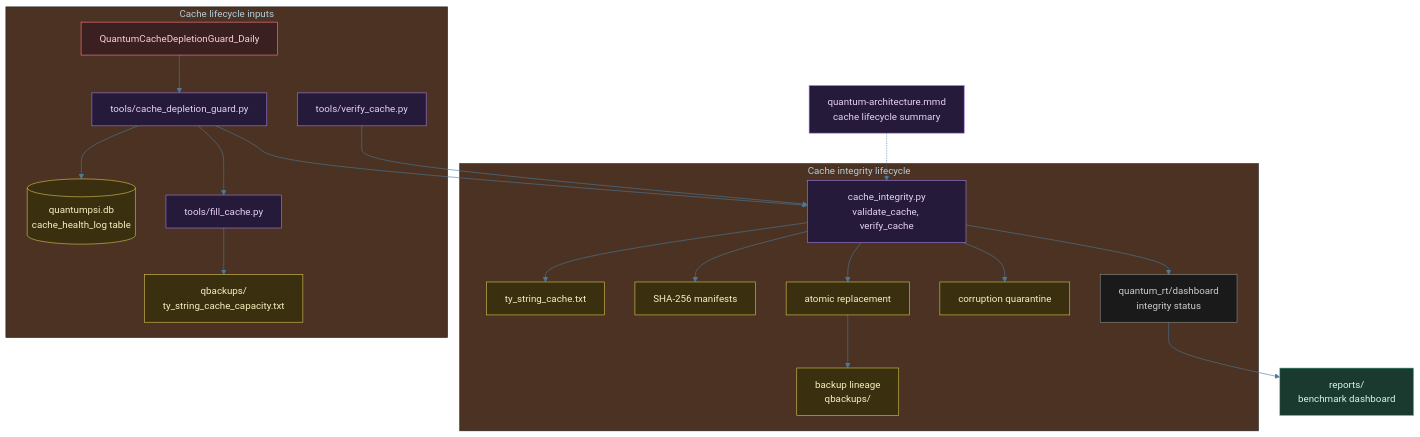
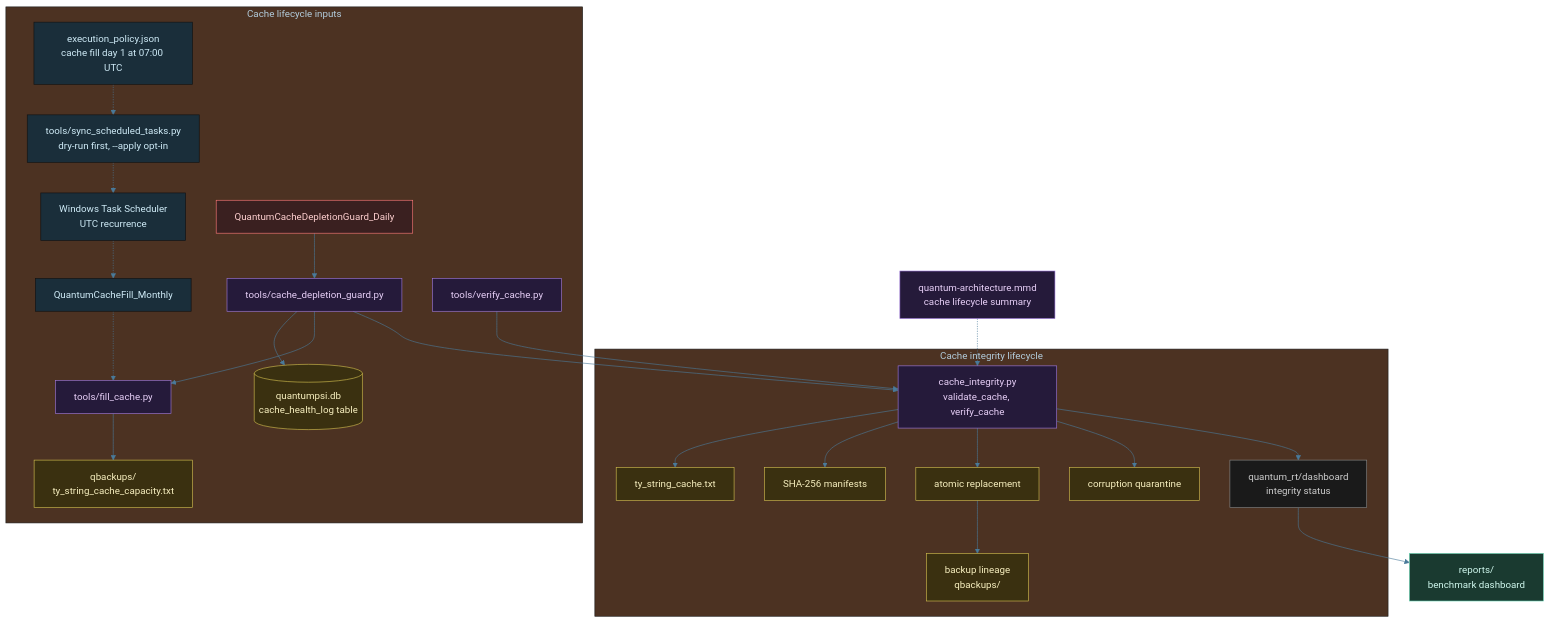
Before and after one commit to tylerdrakemusic/Quantum: the diagram in diagrams/quantum-derived-cache-integrity.mmd, drawn with Mermaid. The commit also changed 5 other files, not shown here.

Commit message:
⟨ψ⟩ quantum: document scheduled-run behavior

```diff
--- a/diagrams/quantum-derived-cache-integrity.mmd
+++ b/diagrams/quantum-derived-cache-integrity.mmd
@@ -1,57 +1,62 @@
 %%{init: {'theme': 'base', 'themeVariables': {'primaryColor': '#1a2e3a', 'primaryTextColor': '#d0ecf8', 'edgeLabelBackground': '#0f1318', 'lineColor': '#4a7a9a'}}}%%
 %% is_derived_view=true
 %% Traceability.parent: diagrams/quantum-architecture.mmd
 graph TB
     Overview[quantum-architecture.mmd<br/>cache lifecycle summary]
     subgraph Inputs["Cache lifecycle inputs"]
+        TaskPolicy[execution_policy.json<br/>cache fill day 1 at 07:00 UTC]
+        TaskSync[tools/sync_scheduled_tasks.py<br/>dry-run first, --apply opt-in]
+        TaskScheduler[Windows Task Scheduler<br/>UTC recurrence]
+        CacheFillTask[QuantumCacheFill_Monthly]
         GuardTask[QuantumCacheDepletionGuard_Daily]
         CacheGuard[tools/cache_depletion_guard.py]
         FillCache[tools/fill_cache.py]
         VerifyTool[tools/verify_cache.py]
         CacheCapacity[qbackups/<br/>ty_string_cache_capacity.txt]
         CacheHealthLog[(quantumpsi.db<br/>cache_health_log table)]
     end
     subgraph CacheIntegrity["Cache integrity lifecycle"]
         IntegrityModule[cache_integrity.py<br/>validate_cache, verify_cache]
         CacheFile[ty_string_cache.txt]
         SHA256Manifest[SHA-256 manifests]
         AtomicReplace[atomic replacement]
         BackupLineage[backup lineage<br/>qbackups/]
         Quarantine[corruption quarantine]
         IntegrityStatus[quantum_rt/dashboard<br/>integrity status]
     end
     Reports[reports/<br/>benchmark dashboard]
+    TaskPolicy -.-> TaskSync -.-> TaskScheduler -.-> CacheFillTask -.-> FillCache
     GuardTask --> CacheGuard
     CacheGuard --> CacheHealthLog
     CacheGuard --> FillCache
     FillCache --> CacheCapacity
     CacheGuard --> IntegrityModule
     VerifyTool --> IntegrityModule
     IntegrityModule --> CacheFile
     IntegrityModule --> SHA256Manifest
     IntegrityModule --> AtomicReplace
     AtomicReplace --> BackupLineage
     IntegrityModule --> Quarantine
     IntegrityModule --> IntegrityStatus
     IntegrityStatus --> Reports
     Overview -.-> IntegrityModule
     class Overview quantum
     class GuardTask ext
     class CacheGuard,FillCache,VerifyTool,IntegrityModule quantum
     class CacheHealthLog,CacheCapacity,CacheFile,SHA256Manifest,AtomicReplace,BackupLineage,Quarantine db
     class IntegrityStatus state
     class Reports store
 
 classDef tyler   fill:#2a1a3a,stroke:#9e4aff,color:#fff
 classDef orch    fill:#1a3a52,stroke:#4a9eff,color:#fff
 classDef ws      fill:#1a3a30,stroke:#6ad4b4,color:#d0f8ee
 classDef ext     fill:#3a2020,stroke:#ff7a7a,color:#ffd0d0
 classDef db      fill:#3a3010,stroke:#d4c050,color:#f8f0c0
 classDef state   fill:#1a1a1a,stroke:#888888,color:#cccccc
 classDef life    fill:#1a2e3a,stroke:#6ab4d4,color:#d0ecf8
 classDef music   fill:#3a1a24,stroke:#d47a8f,color:#f8d0dc
 classDef quantum fill:#251a3a,stroke:#a07adf,color:#e8d0f8
 classDef manifest fill:#3a2e1a,stroke:#d4a96a,color:#f8ead0
 classDef alg     fill:#1a2e3a,stroke:#6ab4d4,color:#d0ecf8
 classDef back    fill:#1a3a52,stroke:#4a9eff,color:#fff
 classDef store   fill:#1a3a30,stroke:#6ad4b4,color:#d0f8ee
```
